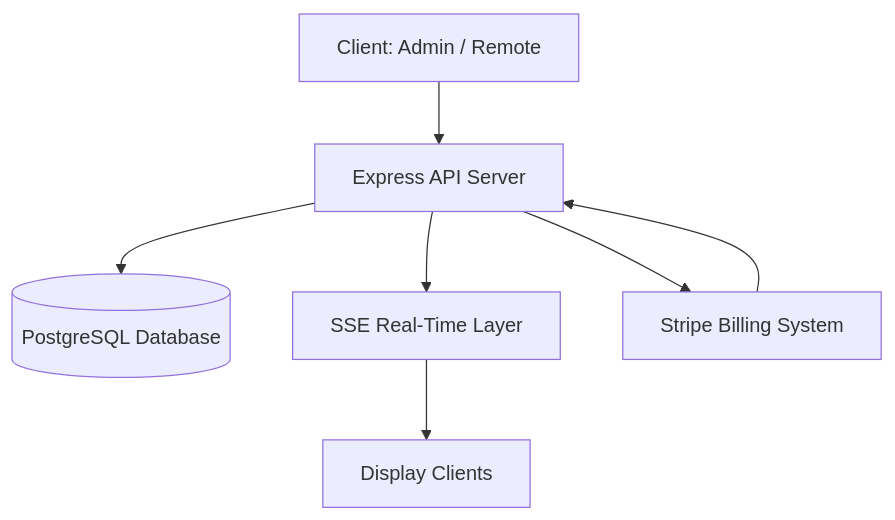
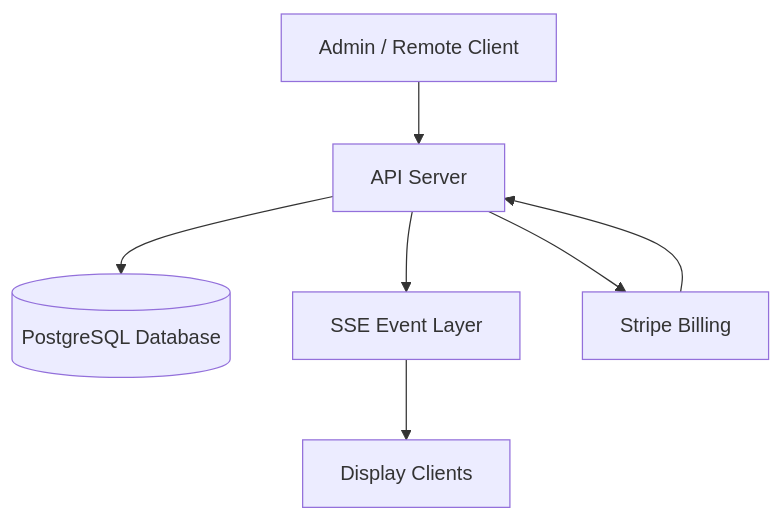
The diagram in architecture.md (miangelisse-ux/kairoslive), drawn with Mermaid before and after one commit. The commit also changed other lines of this file, not shown here.

````diff
--- a/architecture.md
+++ b/architecture.md
@@ -24,12 +19,12 @@
 ```mermaid
 graph TD
 
-A[Client: Admin / Remote] --> B[Express API Server]
+A[Admin / Remote Client] --> B[API Server]
 B --> C[(PostgreSQL Database)]
 
-B --> D[SSE Real-Time Layer]
+B --> D[SSE Event Layer]
 D --> E[Display Clients]
 
-B --> F[Stripe Billing System]
+B --> F[Stripe Billing]
 F --> B
 ```
````
